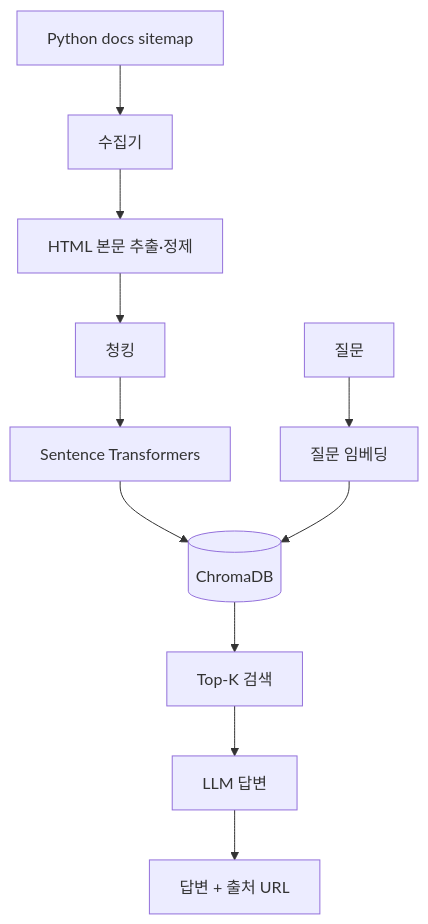
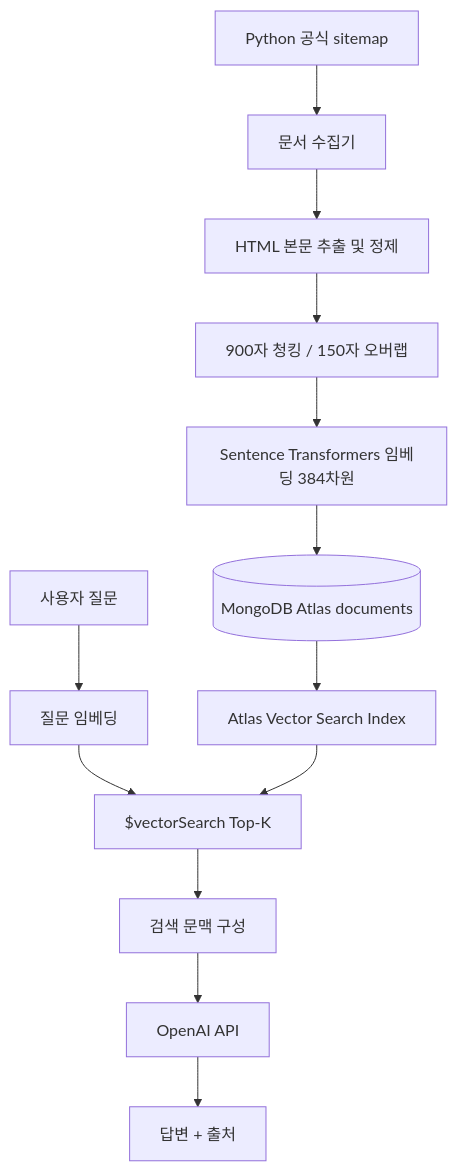
The diagram in docs/TECHNICAL.md (madison-yoon/worklaw-rag), drawn with Mermaid before and after one commit. The commit also changed other lines of this file and 10 other files, not shown here.

Commit message:
feat: migrate RAG vector storage to MongoDB Atlas Vector Search

````diff
--- a/docs/TECHNICAL.md
+++ b/docs/TECHNICAL.md
@@ -7,13 +14,15 @@
 ```mermaid
 flowchart TD
- A[Python docs sitemap] --> B[수집기]
- B --> C[HTML 본문 추출·정제]
- C --> D[청킹]
- D --> E[Sentence Transformers]
- E --> F[(ChromaDB)]
- U[질문] --> V[질문 임베딩]
- V --> F
- F --> G[Top-K 검색]
- G --> H[LLM 답변]
- H --> I[답변 + 출처 URL]
+    A[Python 공식 sitemap] --> B[문서 수집기]
+    B --> C[HTML 본문 추출 및 정제]
+    C --> D[900자 청킹 / 150자 오버랩]
+    D --> E[Sentence Transformers 임베딩 384차원]
+    E --> F[(MongoDB Atlas documents)]
+    F --> G[Atlas Vector Search Index]
+    U[사용자 질문] --> V[질문 임베딩]
+    V --> H[$vectorSearch Top-K]
+    G --> H
+    H --> I[검색 문맥 구성]
+    I --> J[OpenAI API]
+    J --> K[답변 + 출처]
 ```
````
